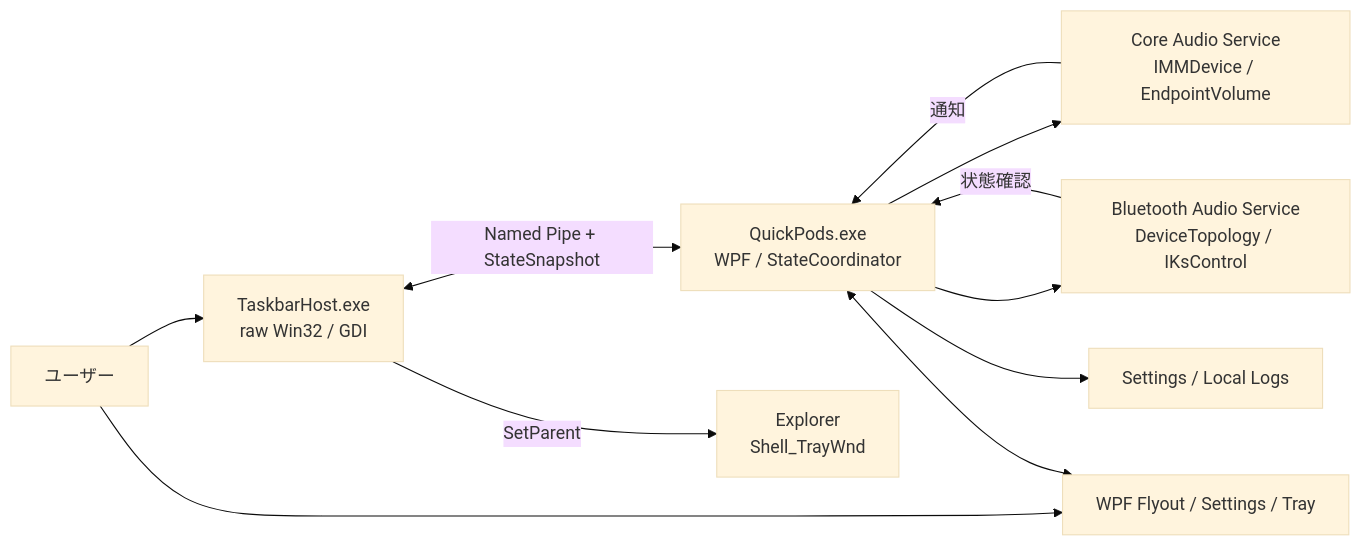
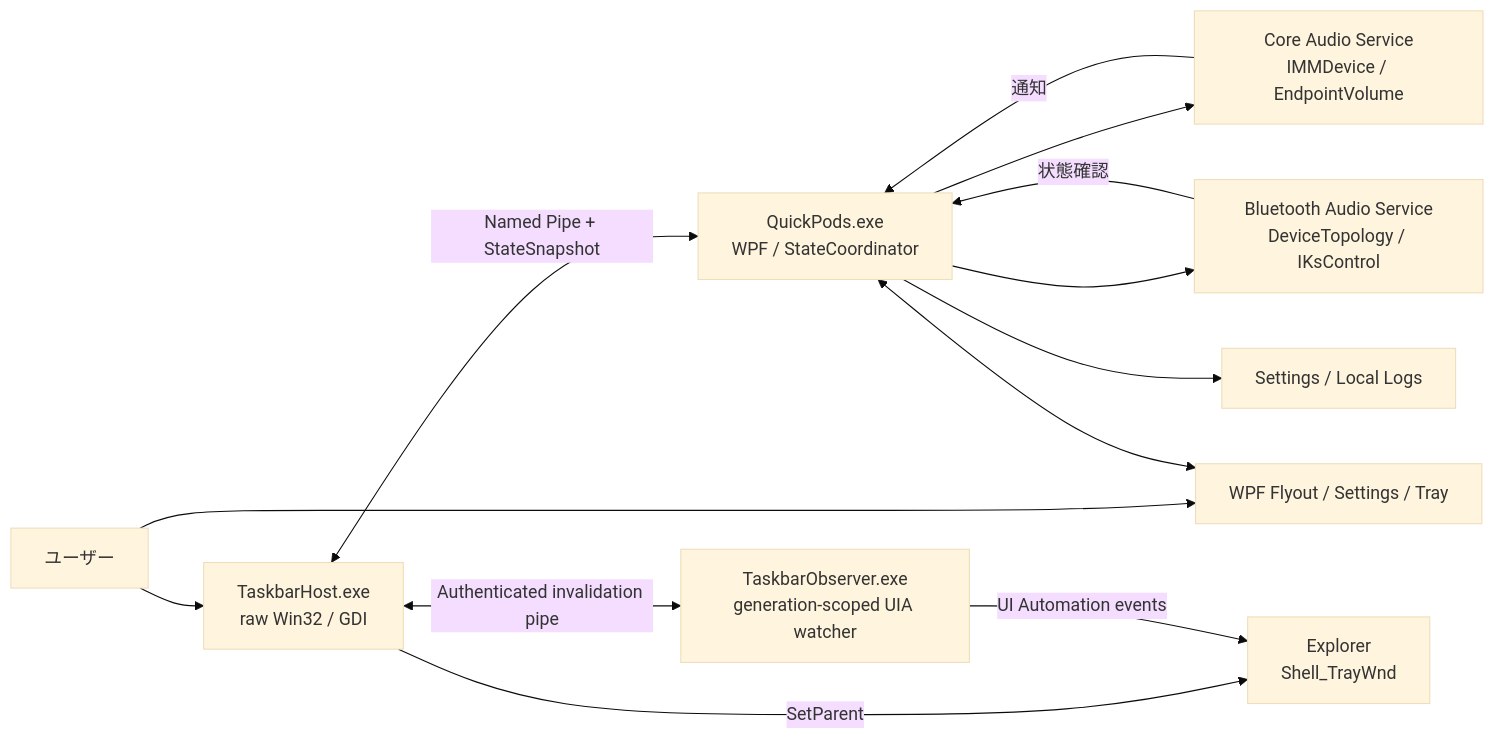
One commit to rimtty/QuickPods changed the second of 2 diagrams in docs/QuickPods_実装計画書.md. Above: the diagram before and after it, drawn with Mermaid (base theme). The commit also changed other lines of this file and 47 other files, not shown here.

First line of the commit message:
Phase 3A: productize the taskbar display host (#32)

````diff
--- a/docs/QuickPods_実装計画書.md
+++ b/docs/QuickPods_実装計画書.md
@@ -499,22 +499,25 @@
 ```mermaid
 flowchart LR
     User["ユーザー"]
     Host["TaskbarHost.exe<br/>raw Win32 / GDI"]
+    Observer["TaskbarObserver.exe<br/>generation-scoped UIA watcher"]
     App["QuickPods.exe<br/>WPF / StateCoordinator"]
     Audio["Core Audio Service<br/>IMMDevice / EndpointVolume"]
     BT["Bluetooth Audio Service<br/>DeviceTopology / IKsControl"]
     Explorer["Explorer<br/>Shell_TrayWnd"]
     Flyout["WPF Flyout / Settings / Tray"]
     Store["Settings / Local Logs"]
 
     User --> Host
     User --> Flyout
     Host <--> |"Named Pipe + StateSnapshot"| App
+    Host <--> |"Authenticated invalidation pipe"| Observer
     App --> Audio
     App --> BT
     App <--> Flyout
     App --> Store
     Host --> |"SetParent"| Explorer
+    Observer --> |"UI Automation events"| Explorer
     Audio --> |"通知"| App
     BT --> |"状態確認"| App
 ```
````
